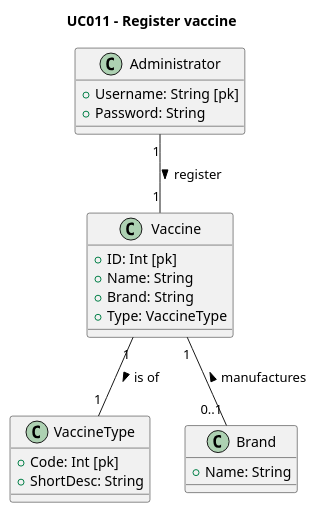
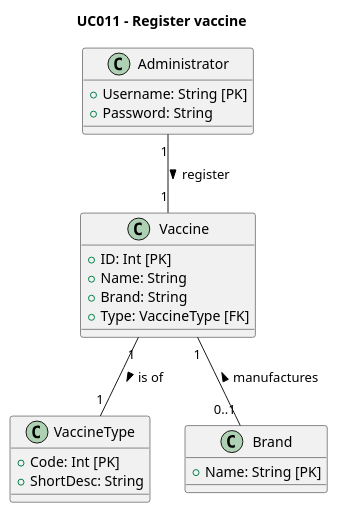
One commit to rafaafig/SnsTrab changed the diagram in sns-base/doc/global/use-cases/UC011/uc-UCD011-DM.puml. Above: the diagram before and after it, drawn with PlantUML. The commit also changed 6 other files, not shown here.

```diff
--- a/sns-base/doc/global/use-cases/UC011/uc-UCD011-DM.puml
+++ b/sns-base/doc/global/use-cases/UC011/uc-UCD011-DM.puml
@@ -1,37 +1,37 @@
 @startuml
 'skinparam monochrome true
 'skinparam shadowing false
 
 
 title UC011 - Register vaccine
 
 class Administrator {
-    +Username: String [pk]
+    +Username: String [PK]
     +Password: String
 }
 
 
 class Vaccine {
-    +ID: Int [pk]
+    +ID: Int [PK]
     +Name: String
     +Brand: String
-    +Type: VaccineType
+    +Type: VaccineType [FK]
 }
 
 class VaccineType {
-    +Code: Int [pk]
+    +Code: Int [PK]
     +ShortDesc: String
 }
 
 class Brand {
-    +Name: String
+    +Name: String [PK]
 }
 
 
 ' Relationships
 Administrator "1" -- "1" Vaccine : register >
 Vaccine "1" -- "0..1" Brand : manufactures <
 Vaccine "1" -- "1" VaccineType : is of >
 
 
 @enduml
```
